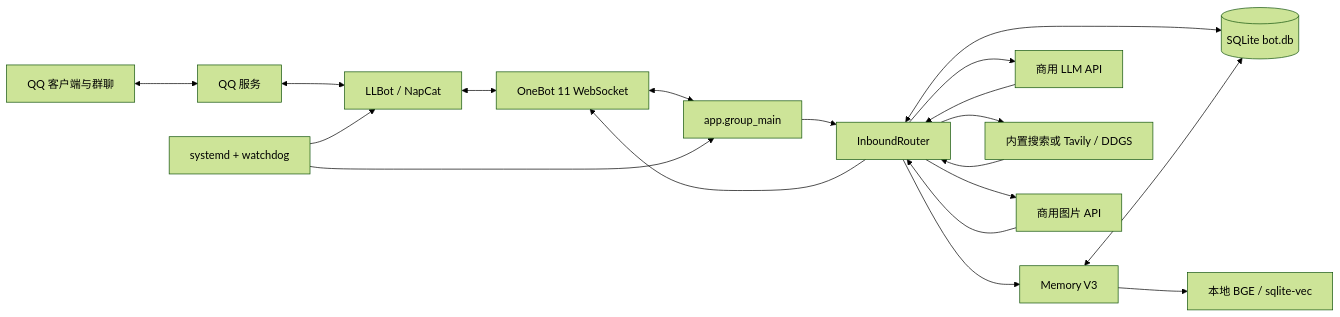
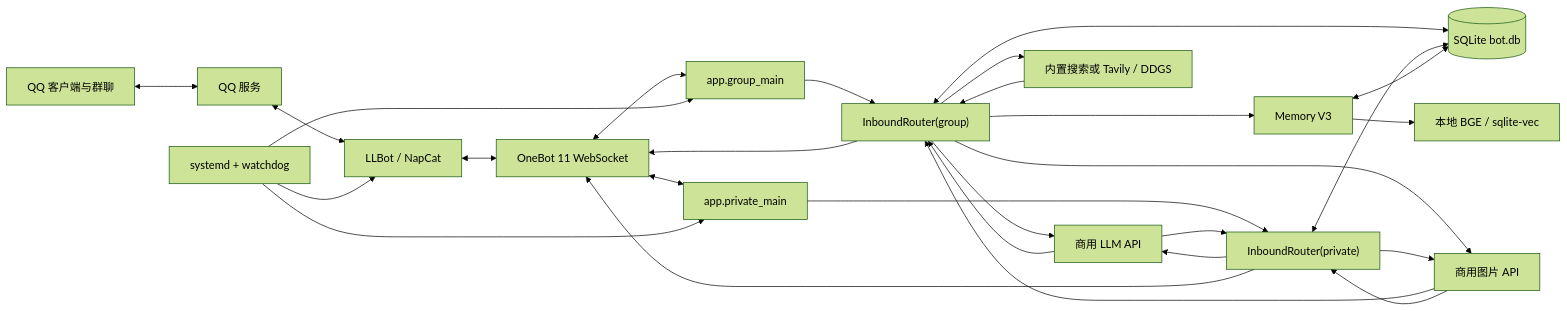
The first of 3 diagrams in docs/ARCHITECTURE.md (MagicIndex135731/Komachi-qq-aibot), drawn with Mermaid (forest theme) before and after one commit. The commit also changed other lines of this file and 17 other files, not shown here.

````diff
--- a/docs/ARCHITECTURE.md
+++ b/docs/ARCHITECTURE.md
@@ -24,21 +24,30 @@
 ```mermaid
 flowchart LR
     QQ["QQ 客户端与群聊"] <--> Server["QQ 服务"]
     Server <--> Gateway["LLBot / NapCat"]
     Gateway <--> OB["OneBot 11 WebSocket"]
     OB <--> Group["app.group_main"]
-    Group --> Router["InboundRouter"]
+    OB <--> Private["app.private_main"]
+    Group --> Router["InboundRouter(group)"]
+    Private --> PrivateRouter["InboundRouter(private)"]
     Router <--> DB[("SQLite bot.db")]
+    PrivateRouter <--> DB
     Router --> Memory["Memory V3"]
     Memory <--> DB
     Memory --> Embed["本地 BGE / sqlite-vec"]
     Router --> LLM["商用 LLM API"]
+    PrivateRouter --> LLM
     Router --> Search["内置搜索或 Tavily / DDGS"]
     Router --> Image["商用图片 API"]
+    PrivateRouter --> Image
     LLM --> Router
+    LLM --> PrivateRouter
     Search --> Router
     Image --> Router
+    Image --> PrivateRouter
     Router --> OB
+    PrivateRouter --> OB
     Watchdog["systemd + watchdog"] --> Gateway
     Watchdog --> Group
+    Watchdog --> Private
 ```
````
